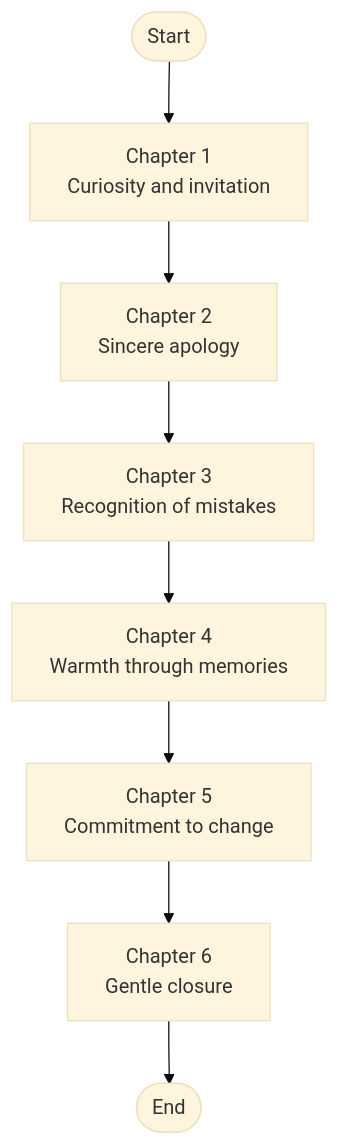
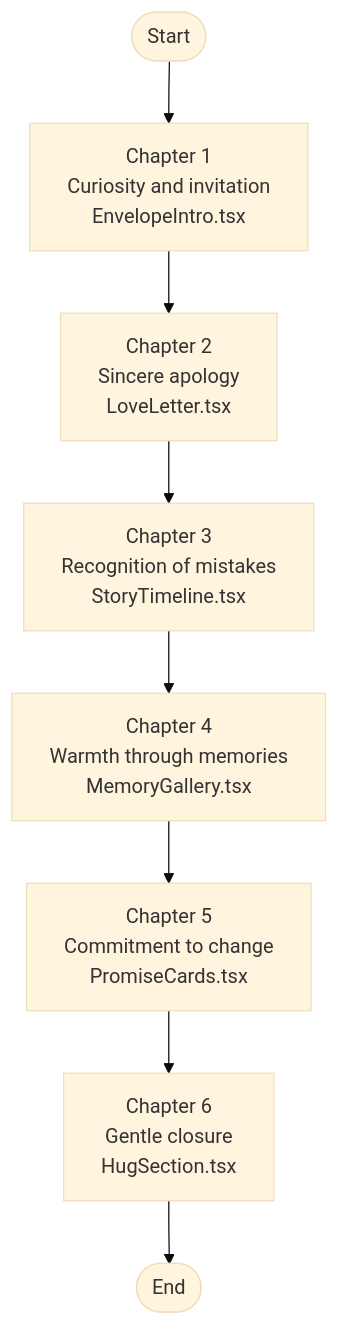
The second of 3 diagrams in .qoder/repowiki/en/content/Story Content and Narrative.md (quangkiet1/anh-xin-loi), drawn with Mermaid (base theme) before and after one commit. The commit also changed other lines of this file and 13 other files, not shown here.

````diff
--- a/.qoder/repowiki/en/content/Story Content and Narrative.md
+++ b/.qoder/repowiki/en/content/Story Content and Narrative.md
@@ -92,10 +123,10 @@
 ```mermaid
 flowchart TD
-Start(["Start"]) --> Ch1["Chapter 1<br/>Curiosity and invitation"]
-Ch1 --> Ch2["Chapter 2<br/>Sincere apology"]
-Ch2 --> Ch3["Chapter 3<br/>Recognition of mistakes"]
-Ch3 --> Ch4["Chapter 4<br/>Warmth through memories"]
-Ch4 --> Ch5["Chapter 5<br/>Commitment to change"]
-Ch5 --> Ch6["Chapter 6<br/>Gentle closure"]
+Start(["Start"]) --> Ch1["Chapter 1<br/>Curiosity and invitation<br/>EnvelopeIntro.tsx"]
+Ch1 --> Ch2["Chapter 2<br/>Sincere apology<br/>LoveLetter.tsx"]
+Ch2 --> Ch3["Chapter 3<br/>Recognition of mistakes<br/>StoryTimeline.tsx"]
+Ch3 --> Ch4["Chapter 4<br/>Warmth through memories<br/>MemoryGallery.tsx"]
+Ch4 --> Ch5["Chapter 5<br/>Commitment to change<br/>PromiseCards.tsx"]
+Ch5 --> Ch6["Chapter 6<br/>Gentle closure<br/>HugSection.tsx"]
 Ch6 --> End(["End"])
 ```
````
